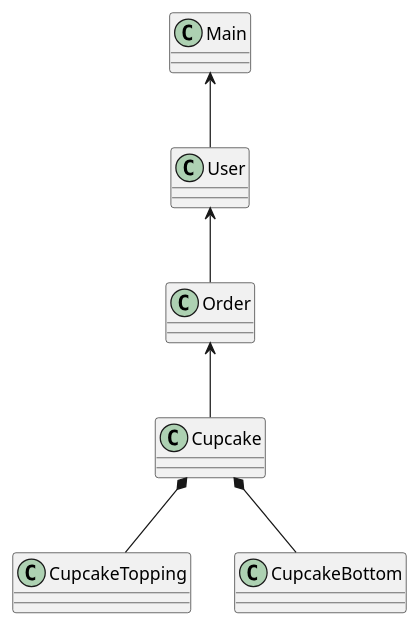
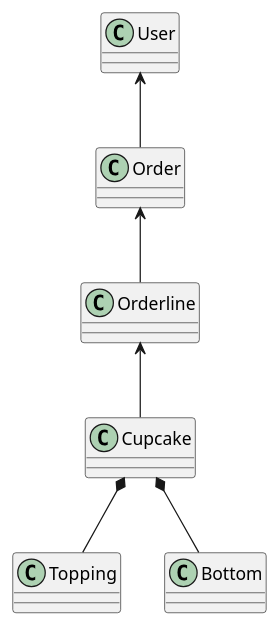
One commit to Magnewei/CupcakeProject changed the diagram in src/main/resources/Diagrams/Domain.puml. Above: the diagram before and after it, drawn with PlantUML. The commit also changed 2 other files, not shown here.

Commit message:
Opdateret diagrammer

```diff
--- a/src/main/resources/Diagrams/Domain.puml
+++ b/src/main/resources/Diagrams/Domain.puml
@@ -1,29 +1,26 @@
 @startuml
 'https://plantuml.com/class-diagram
 
-class Main
 
 class User
 class Cupcake
 class Order
 
-class CupcakeTopping
-class CupcakeBottom
+class Topping
+class Bottom
 
-
-
-
-Main <-- User
 
 User <-- Order
 
-Order <-- Cupcake
+Order <-- Orderline
 
-Cupcake *-- CupcakeBottom
-Cupcake *-- CupcakeTopping
+Orderline <-- Cupcake
+
+Cupcake *-- Bottom
+Cupcake *-- Topping
 
 
 
 
 
 @enduml
```
